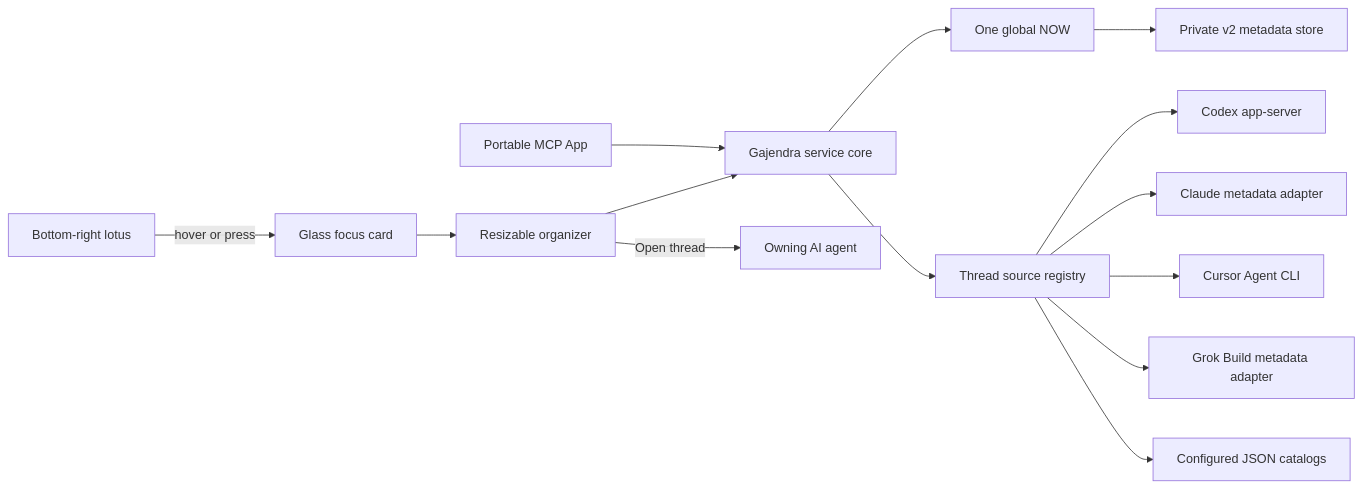
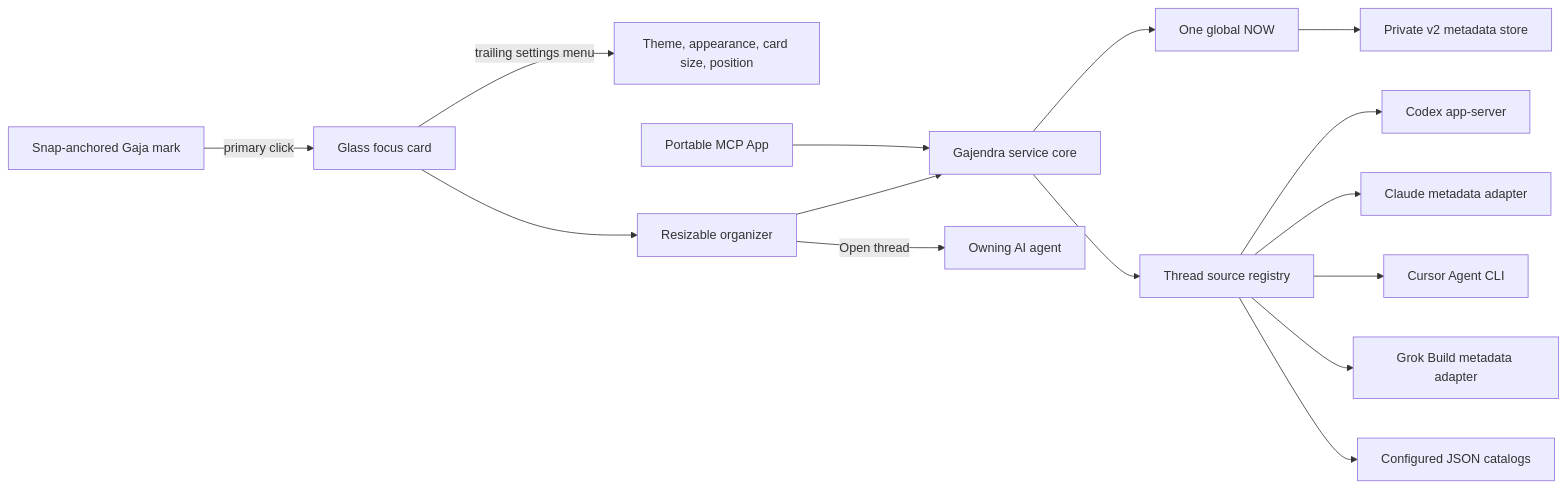
Before and after one commit to siddath/Gajendra: the diagram in docs/ARCHITECTURE.md, drawn with Mermaid. The commit also changed other lines of this file and 62 other files, not shown here.

Commit message:
Ship adaptive Gaja card and official mark (#9)

````diff
--- a/docs/ARCHITECTURE.md
+++ b/docs/ARCHITECTURE.md
@@ -7,16 +7,17 @@
 ```mermaid
 flowchart LR
-    Pill["Bottom-right lotus"] -->|"hover or press"| Card["Glass focus card"]
+    Pill["Snap-anchored Gaja mark"] -->|"primary click"| Card["Glass focus card"]
+    Card -->|"trailing settings menu"| Settings["Theme, appearance, card size, position"]
     Card --> Organizer["Resizable organizer"]
     MCP["Portable MCP App"] --> Service["Gajendra service core"]
     Organizer --> Service
     Service --> Policy["One global NOW"]
     Policy --> Store["Private v2 metadata store"]
     Service --> Registry["Thread source registry"]
     Registry --> Codex["Codex app-server"]
     Registry --> Claude["Claude metadata adapter"]
     Registry --> Cursor["Cursor Agent CLI"]
     Registry --> Grok["Grok Build metadata adapter"]
     Registry --> Catalogs["Configured JSON catalogs"]
     Organizer -->|"Open thread"| Owner["Owning AI agent"]
 ```
````
